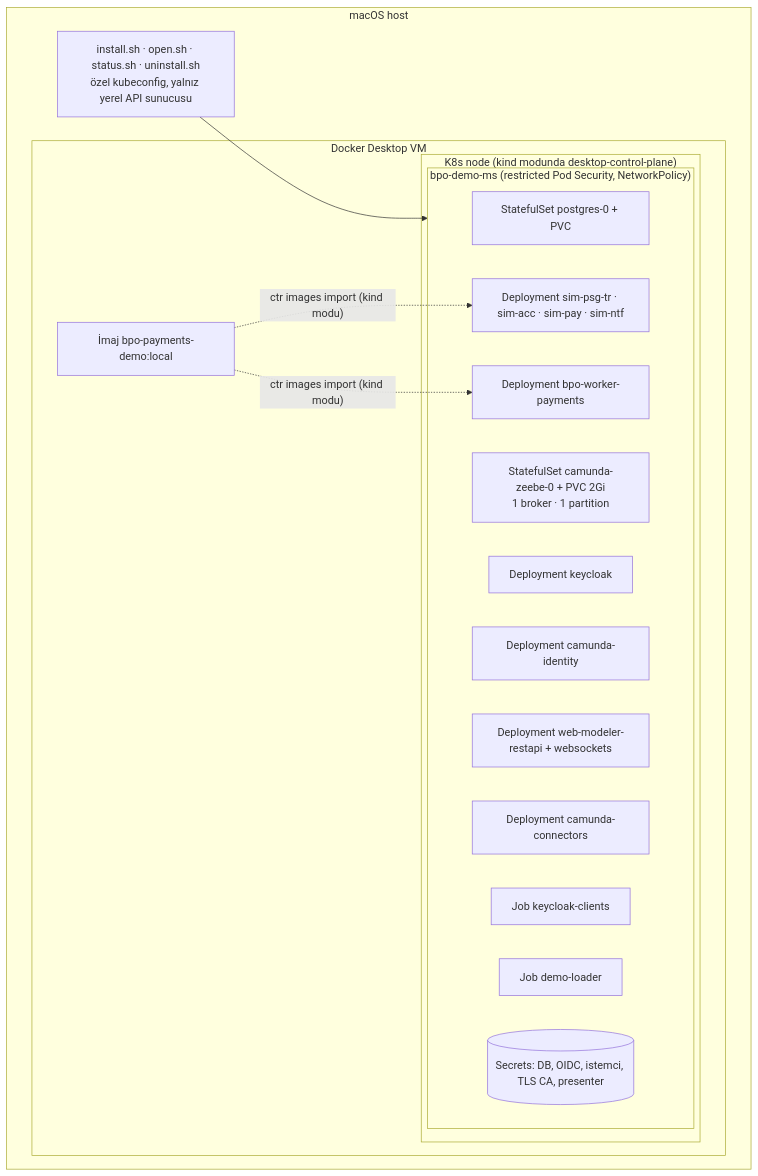
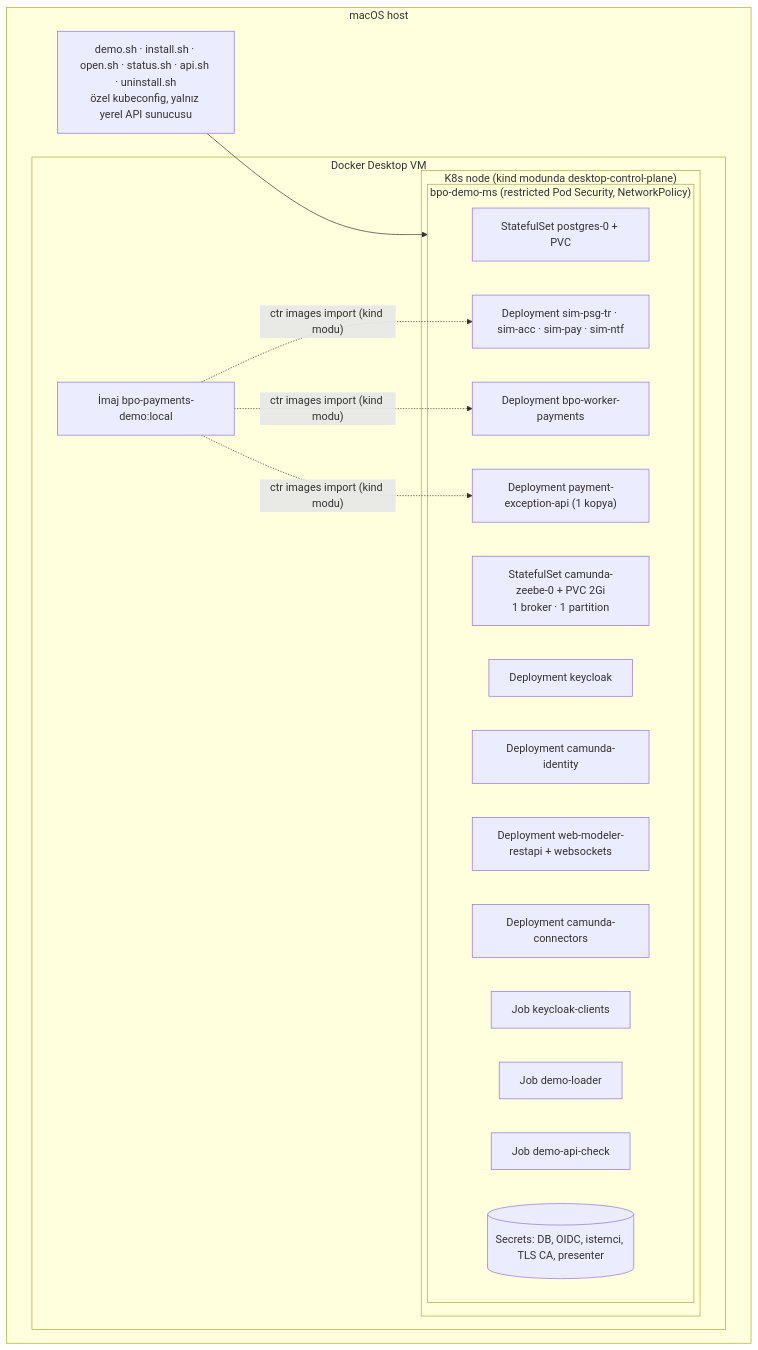
One commit to COPUR/demo-camunda-k8s changed the second of 7 diagrams in README.md. Above: the diagram before and after it, drawn with Mermaid. The commit also changed other lines of this file and 20 other files, not shown here.

First line of the commit message:
payment-exception-api: deploy it with the demo, verify it on real Camunda

````diff
--- a/README.md
+++ b/README.md
@@ -119,26 +126,28 @@
 ```mermaid
 flowchart TB
   subgraph mac["macOS host"]
-    cli["install.sh · open.sh · status.sh · uninstall.sh<br/>özel kubeconfig, yalnız yerel API sunucusu"]
+    cli["demo.sh · install.sh · open.sh · status.sh · api.sh · uninstall.sh<br/>özel kubeconfig, yalnız yerel API sunucusu"]
     subgraph dd["Docker Desktop VM"]
       img["İmaj bpo-payments-demo:local"]
       subgraph node["K8s node (kind modunda desktop-control-plane)"]
         subgraph nsx["bpo-demo-ms (restricted Pod Security, NetworkPolicy)"]
           ss1["StatefulSet postgres-0 + PVC"]
           ss2["StatefulSet camunda-zeebe-0 + PVC 2Gi<br/>1 broker · 1 partition"]
           d1["Deployment keycloak"]
           d2["Deployment camunda-identity"]
           d3["Deployment web-modeler-restapi + websockets"]
           d4["Deployment camunda-connectors"]
           d5["Deployment sim-psg-tr · sim-acc · sim-pay · sim-ntf"]
           d6["Deployment bpo-worker-payments"]
+          d7["Deployment payment-exception-api (1 kopya)"]
           j1["Job keycloak-clients"]
           j2["Job demo-loader"]
+          j3["Job demo-api-check"]
           sec[("Secrets: DB, OIDC, istemci, TLS CA, presenter")]
         end
       end
     end
   end
   cli --> nsx
-  img -. "ctr images import (kind modu)" .-> d5 & d6
+  img -. "ctr images import (kind modu)" .-> d5 & d6 & d7
 ```
````
